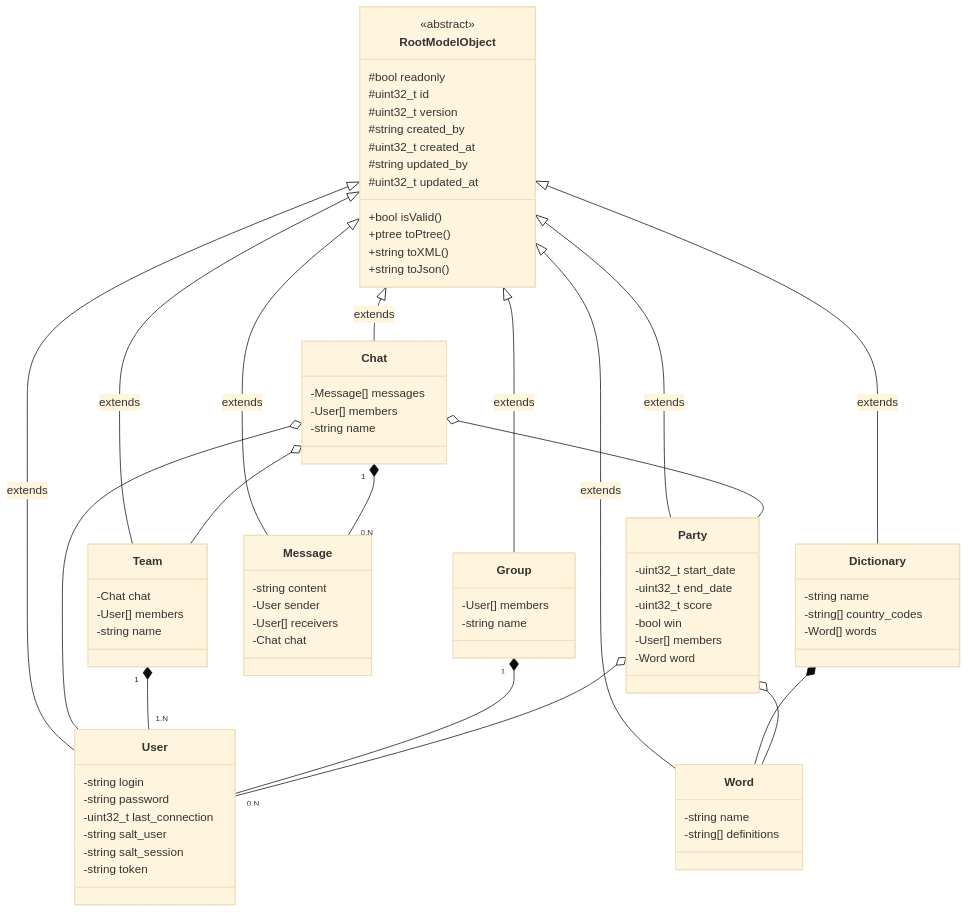
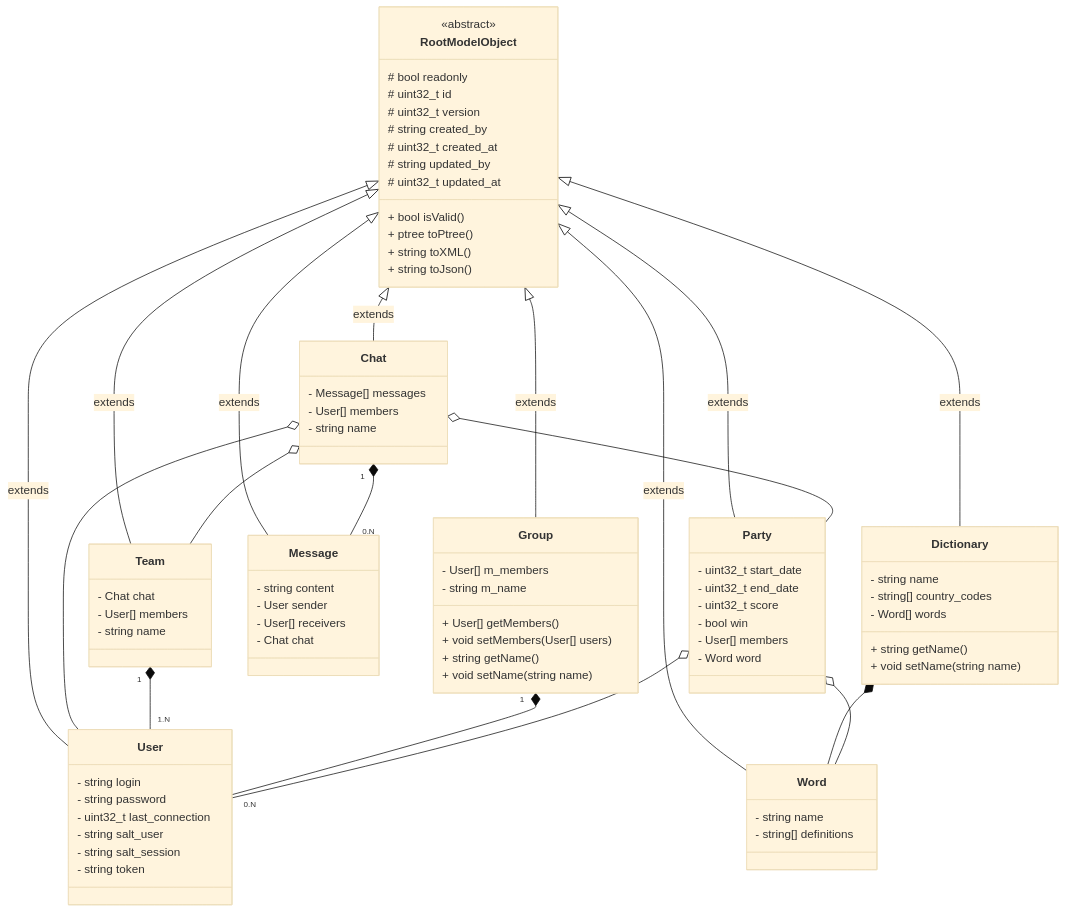
Before and after one commit to MGuillaumeF/hangman-game: the diagram in wiki/dev-rules.md, drawn with Mermaid (base theme).

````diff
--- a/wiki/dev-rules.md
+++ b/wiki/dev-rules.md
@@ -57,62 +57,68 @@
 ```mermaid
 classDiagram
 class RootModelObject
 <<abstract>> RootModelObject
 RootModelObject <|-- User : extends
 RootModelObject <|-- Group : extends
 RootModelObject <|-- Word : extends
 RootModelObject <|-- Dictionary : extends
 RootModelObject <|-- Party : extends
 RootModelObject <|-- Message : extends
 RootModelObject <|-- Chat : extends
 RootModelObject <|-- Team : extends
 Chat "1" *-- "0.N" Message
 Chat o-- User
 Chat o-- Party
 Chat o-- Team
 Team "1" *-- "1.N" User
 Group "1" *-- "0.N" User
 Dictionary *-- Word
 Party o-- User
 Party o-- Word
-RootModelObject : #bool readonly
-RootModelObject : #uint32_t id
-RootModelObject : #uint32_t version
-RootModelObject : #string created_by
-RootModelObject : #uint32_t created_at
-RootModelObject : #string updated_by
-RootModelObject : #uint32_t updated_at
-RootModelObject : +bool isValid()
-RootModelObject : +ptree toPtree()
-RootModelObject : +string toXML()
-RootModelObject : +string toJson()
-User : -string login
-User : -string password
-User : -uint32_t last_connection
-User : -string salt_user
-User : -string salt_session
-User : -string token
-Group : -User[] members
-Group : -string name
-Dictionary : -string name
-Dictionary : -string[] country_codes
-Dictionary : -Word[] words
-Word : -string name
-Word : -string[] definitions
-Party : -uint32_t start_date
-Party : -uint32_t end_date
-Party : -uint32_t score
-Party : -bool win
-Party : -User[] members
-Party : -Word word
-Message : -string content
-Message : -User sender
-Message : -User[] receivers
-Message : -Chat chat
-Chat : -Message[] messages
-Chat : -User[] members
-Chat : -string name
-Team : -Chat chat
-Team : -User[] members
-Team : -string name
+RootModelObject : # bool readonly
+RootModelObject : # uint32_t id
+RootModelObject : # uint32_t version
+RootModelObject : # string created_by
+RootModelObject : # uint32_t created_at
+RootModelObject : # string updated_by
+RootModelObject : # uint32_t updated_at
+RootModelObject : + bool isValid()
+RootModelObject : + ptree toPtree()
+RootModelObject : + string toXML()
+RootModelObject : + string toJson()
+User : - string login
+User : - string password
+User : - uint32_t last_connection
+User : - string salt_user
+User : - string salt_session
+User : - string token
+Group : - User[] m_members
+Group : - string m_name
+Group : + User[] getMembers()
+Group : + void setMembers(User[] users)
+Group : + string getName()
+Group : + void setName(string name)
+Dictionary : - string name
+Dictionary : - string[] country_codes
+Dictionary : - Word[] words
+Dictionary : + string getName()
+Dictionary : + void setName(string name)
+Word : - string name
+Word : - string[] definitions
+Party : - uint32_t start_date
+Party : - uint32_t end_date
+Party : - uint32_t score
+Party : - bool win
+Party : - User[] members
+Party : - Word word
+Message : - string content
+Message : - User sender
+Message : - User[] receivers
+Message : - Chat chat
+Chat : - Message[] messages
+Chat : - User[] members
+Chat : - string name
+Team : - Chat chat
+Team : - User[] members
+Team : - string name
 ```
````
